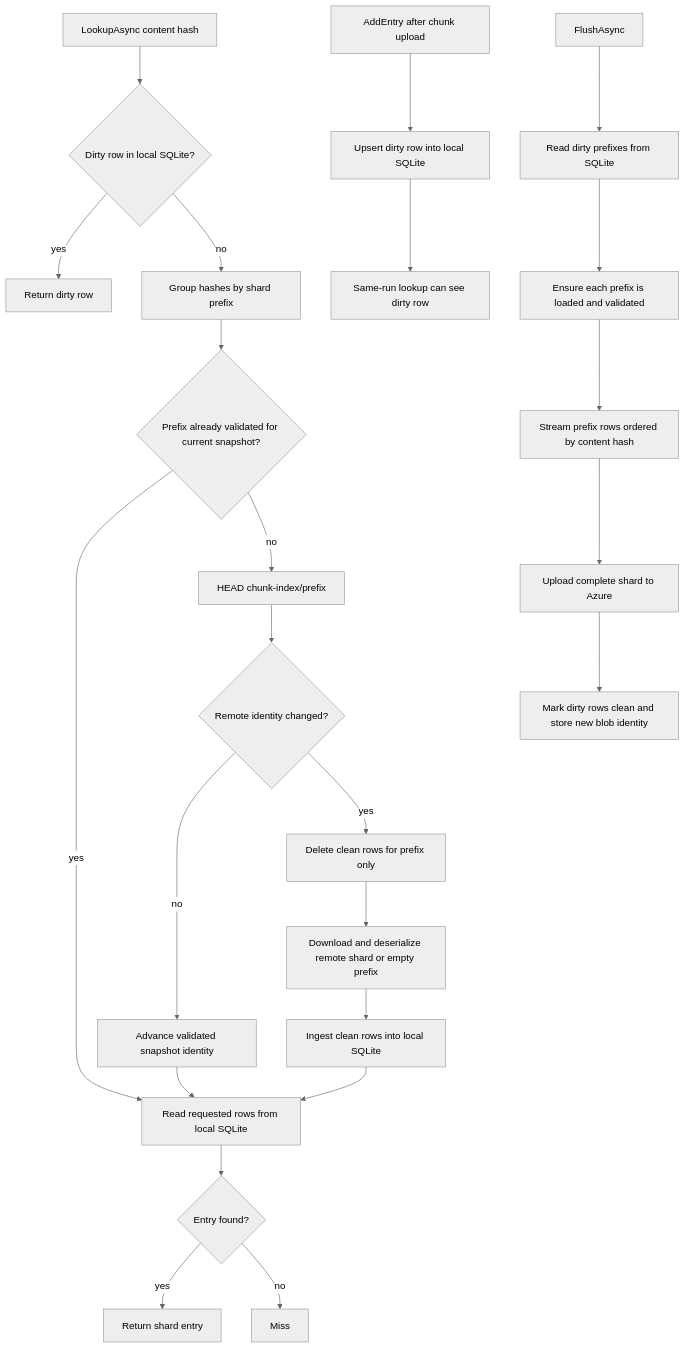
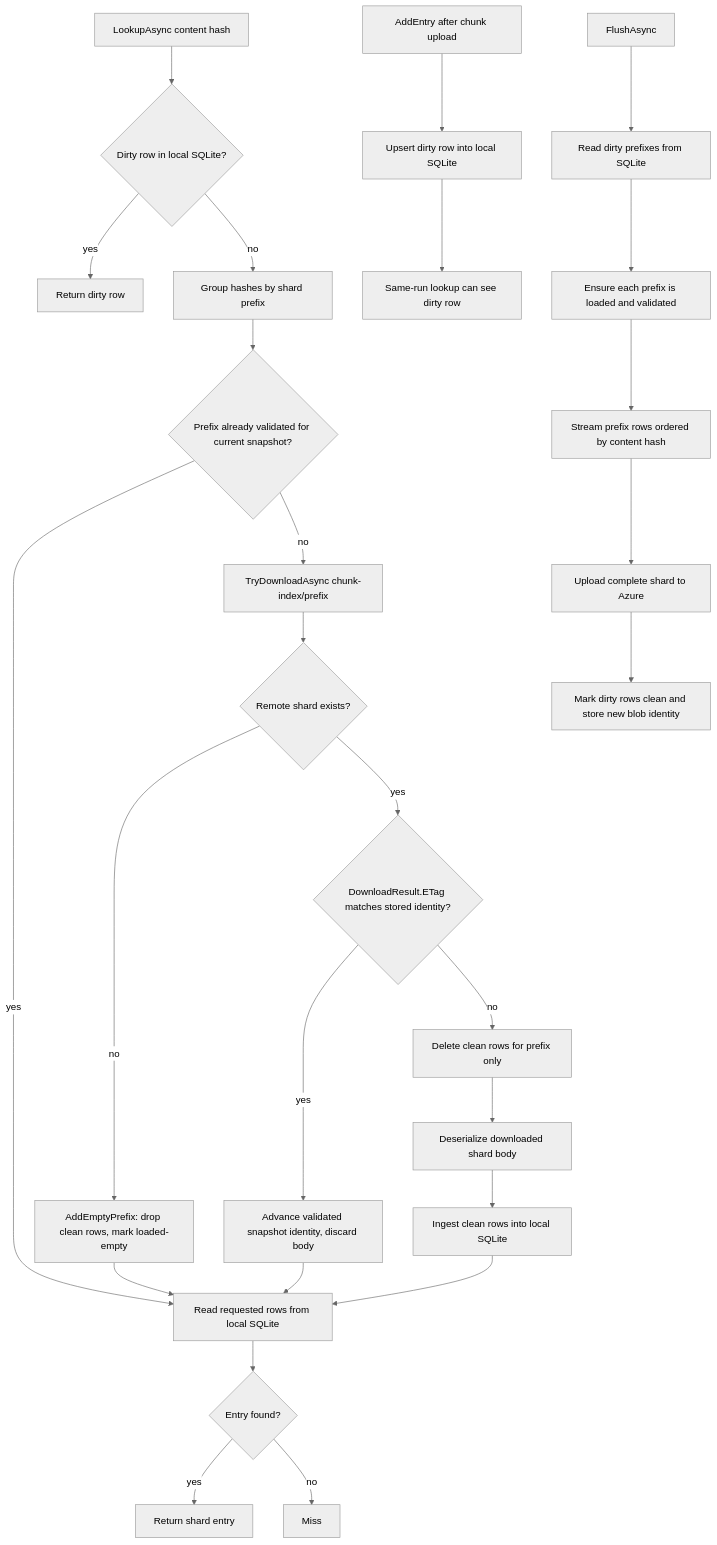
One commit to woutervanranst/Arius7 changed the diagram in docs/cache.md. Above: the diagram before and after it, drawn with Mermaid (neutral theme). The commit also changed other lines of this file and 2 other files, not shown here.

Commit message:
feat: ground spec

````diff
--- a/docs/cache.md
+++ b/docs/cache.md
@@ -122,27 +122,30 @@
 ```mermaid
 flowchart TD
     A[LookupAsync content hash] --> B{Dirty row in local SQLite?}
     B -->|yes| C[Return dirty row]
     B -->|no| D[Group hashes by shard prefix]
     D --> E{Prefix already validated for current snapshot?}
     E -->|yes| F[Read requested rows from local SQLite]
-    E -->|no| G[HEAD chunk-index/prefix]
-    G --> H{Remote identity changed?}
-    H -->|no| I[Advance validated snapshot identity]
+    E -->|no| G[TryDownloadAsync chunk-index/prefix]
+    G --> H{Remote shard exists?}
+    H -->|no| H2[AddEmptyPrefix: drop clean rows, mark loaded-empty]
+    H2 --> F
+    H -->|yes| H3{DownloadResult.ETag matches stored identity?}
+    H3 -->|yes| I[Advance validated snapshot identity, discard body]
     I --> F
-    H -->|yes| J[Delete clean rows for prefix only]
-    J --> K[Download and deserialize remote shard or empty prefix]
+    H3 -->|no| J[Delete clean rows for prefix only]
+    J --> K[Deserialize downloaded shard body]
     K --> L[Ingest clean rows into local SQLite]
     L --> F
     F --> M{Entry found?}
     M -->|yes| N[Return shard entry]
     M -->|no| O[Miss]
 
     P[AddEntry after chunk upload] --> Q[Upsert dirty row into local SQLite]
     Q --> R[Same-run lookup can see dirty row]
     S[FlushAsync] --> T[Read dirty prefixes from SQLite]
     T --> U[Ensure each prefix is loaded and validated]
     U --> V[Stream prefix rows ordered by content hash]
     V --> W[Upload complete shard to Azure]
     W --> X[Mark dirty rows clean and store new blob identity]
 ```
````
